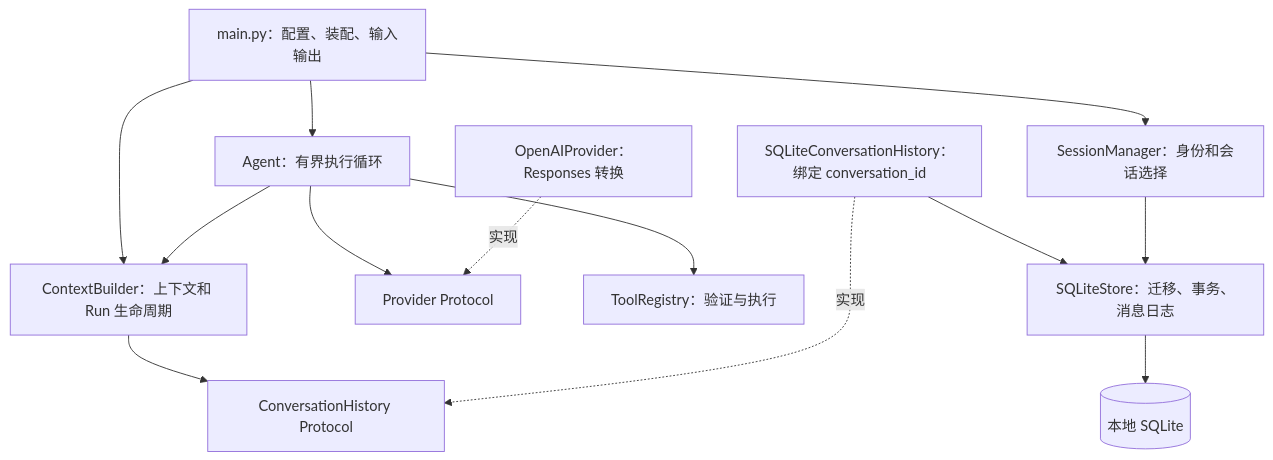
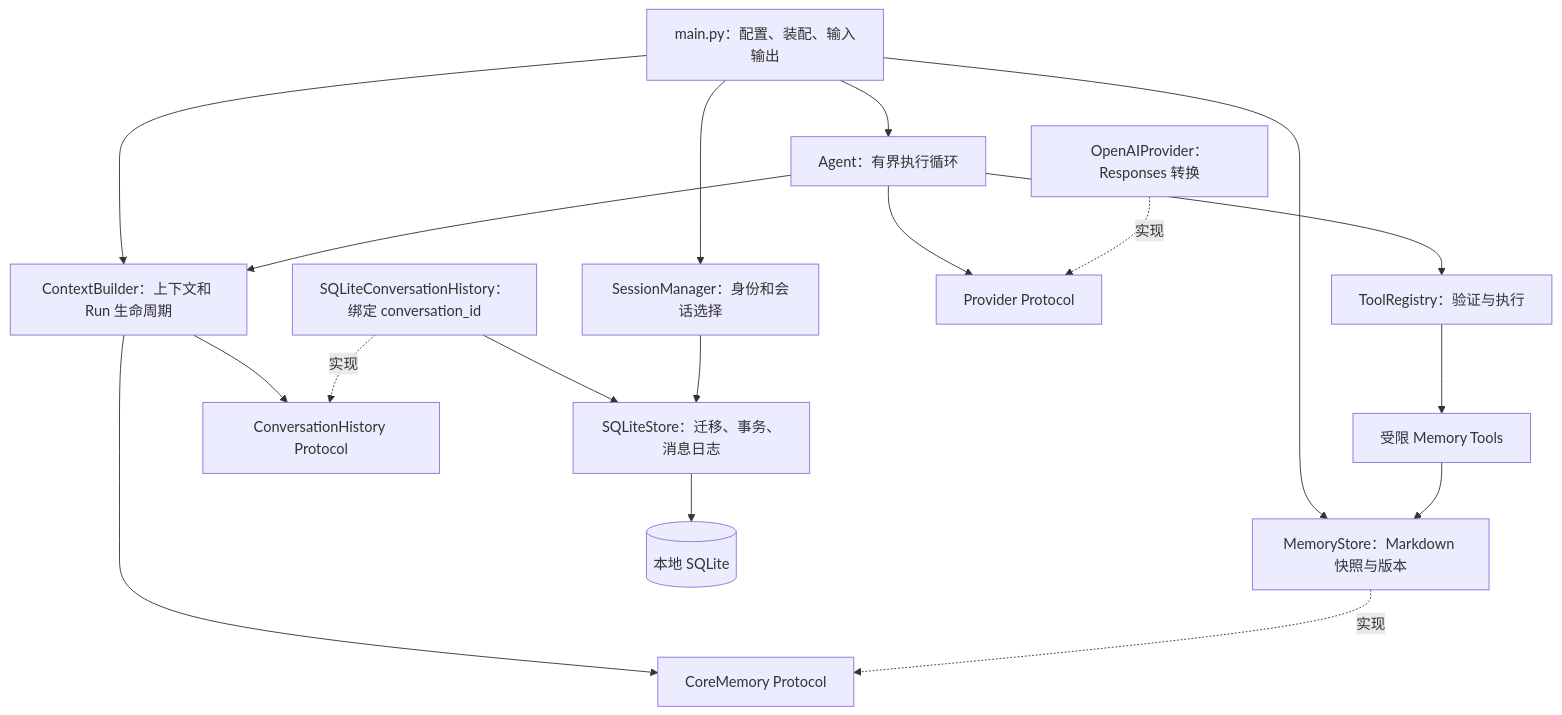
The second of 5 diagrams in docs/architecture.md (KindofCrazy/heybuddy), drawn with Mermaid before and after one commit. The commit also changed other lines of this file and 33 other files, not shown here.

First line of the commit message:
feat: add V0.3 editable core memory

````diff
--- a/docs/architecture.md
+++ b/docs/architecture.md
@@ -40,15 +34,20 @@
 ```mermaid
 flowchart TD
     CLI["main.py：配置、装配、输入输出"] --> Sessions["SessionManager：身份和会话选择"]
     CLI --> Runtime["Agent：有界执行循环"]
     CLI --> Context["ContextBuilder：上下文和 Run 生命周期"]
+    CLI --> Memory["MemoryStore：Markdown 快照与版本"]
+    Context --> Reader["CoreMemory Protocol"]
+    Memory -. "实现" .-> Reader
+    MemoryTools["受限 Memory Tools"] --> Memory
+    Tools --> MemoryTools
     Runtime --> Context
     Runtime --> Provider["Provider Protocol"]
     Runtime --> Tools["ToolRegistry：验证与执行"]
     Context --> History["ConversationHistory Protocol"]
     Adapter["SQLiteConversationHistory：绑定 conversation_id"] -. "实现" .-> History
     Adapter --> Store["SQLiteStore：迁移、事务、消息日志"]
     Sessions --> Store
     OpenAI["OpenAIProvider：Responses 转换"] -. "实现" .-> Provider
     Store --> DB[("本地 SQLite")]
 ```
````
